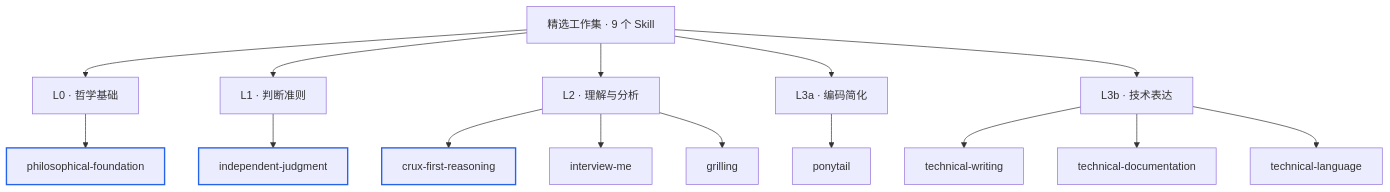
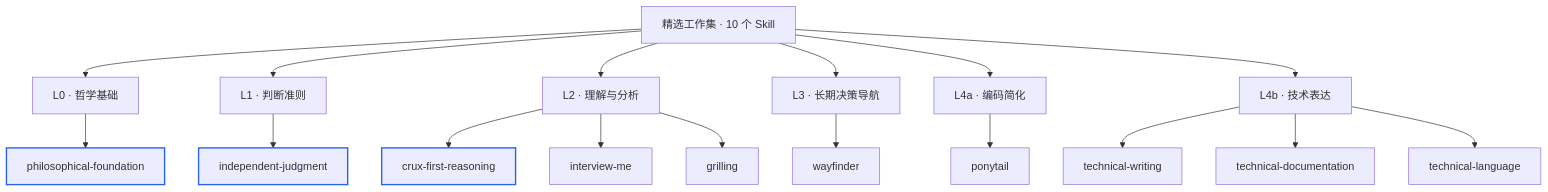
One commit to oydodo/skills changed the diagram in README.md. Above: the diagram before and after it, drawn with Mermaid. The commit also changed other lines of this file and 16 other files, not shown here.

Commit message:
feat: add portable Wayfinder decision navigation skill

````diff
--- a/README.md
+++ b/README.md
@@ -22,23 +22,25 @@
 ```mermaid
 flowchart TB
-    ROOT["精选工作集 · 9 个 Skill"]
+    ROOT["精选工作集 · 10 个 Skill"]
 
     ROOT --> L0["L0 · 哲学基础"]
     ROOT --> L0J["L1 · 判断准则"]
     ROOT --> L1["L2 · 理解与分析"]
-    ROOT --> L2C["L3a · 编码简化"]
-    ROOT --> L2W["L3b · 技术表达"]
+    ROOT --> NAV["L3 · 长期决策导航"]
+    ROOT --> L2C["L4a · 编码简化"]
+    ROOT --> L2W["L4b · 技术表达"]
 
     L0 --> PF["philosophical-foundation"]
     L0J --> IJ["independent-judgment"]
     L1 --> CR["crux-first-reasoning"]
     L1 --> IM["interview-me"]
     L1 --> GR["grilling"]
+    NAV --> WF["wayfinder"]
     L2C --> PT["ponytail"]
     L2W --> TW["technical-writing"]
     L2W --> TD["technical-documentation"]
     L2W --> TL["technical-language"]
 
     classDef core stroke:#2563eb,stroke-width:2px
     class PF,IJ,CR core
 ```
````
